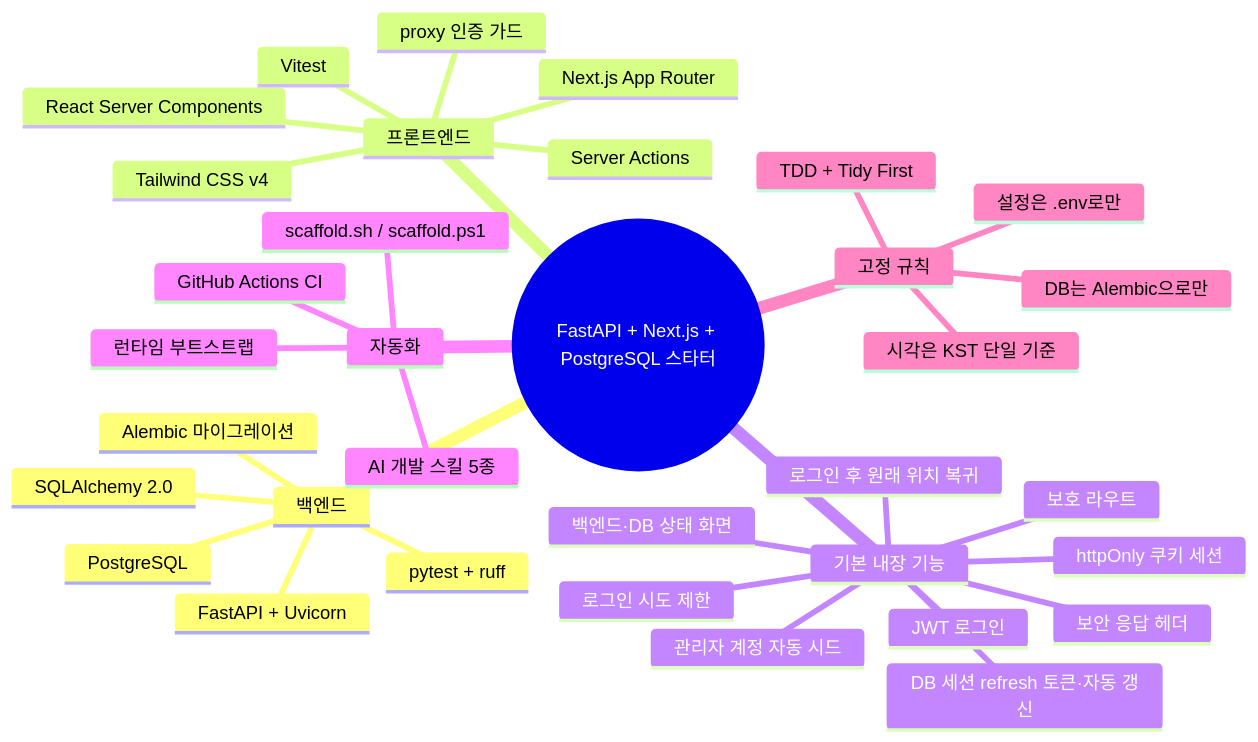
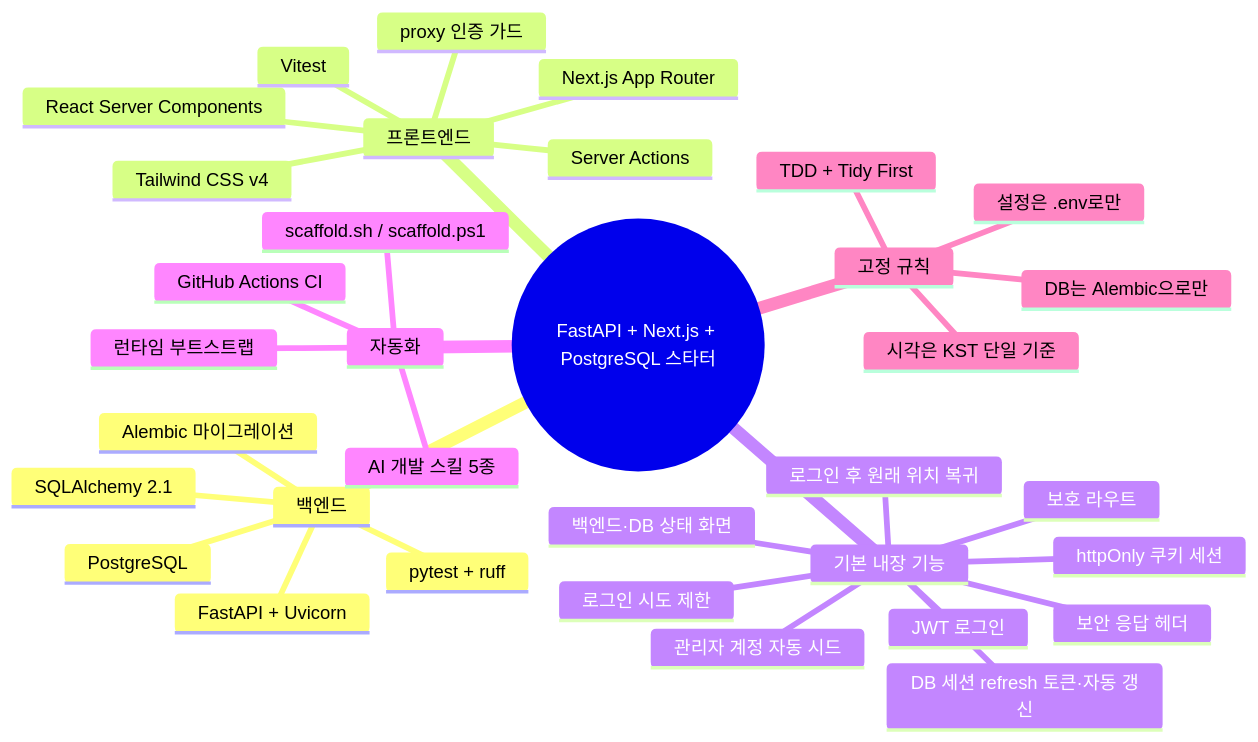
One commit to al8bright/fastapi-nextjs-pg-starter changed the first of 4 diagrams in README.md. Above: the diagram before and after it, drawn with Mermaid. The commit also changed other lines of this file and 10 other files, not shown here.

````diff
--- a/README.md
+++ b/README.md
@@ -33,37 +33,37 @@
 ```mermaid
 mindmap
   root((FastAPI + Next.js + PostgreSQL 스타터))
     백엔드
       FastAPI + Uvicorn
-      SQLAlchemy 2.0
+      SQLAlchemy 2.1
       Alembic 마이그레이션
       pytest + ruff
       PostgreSQL
     프론트엔드
       Next.js App Router
       React Server Components
       Server Actions
       proxy 인증 가드
       Tailwind CSS v4
       Vitest
     기본 내장 기능
       JWT 로그인
       DB 세션 refresh 토큰·자동 갱신
       httpOnly 쿠키 세션
       로그인 시도 제한
       보안 응답 헤더
       관리자 계정 자동 시드
       보호 라우트
       로그인 후 원래 위치 복귀
       백엔드·DB 상태 화면
     자동화
       scaffold.sh / scaffold.ps1
       런타임 부트스트랩
       GitHub Actions CI
       AI 개발 스킬 5종
     고정 규칙
       DB는 Alembic으로만
       설정은 .env로만
       시각은 KST 단일 기준
       TDD + Tidy First
 ```
````
